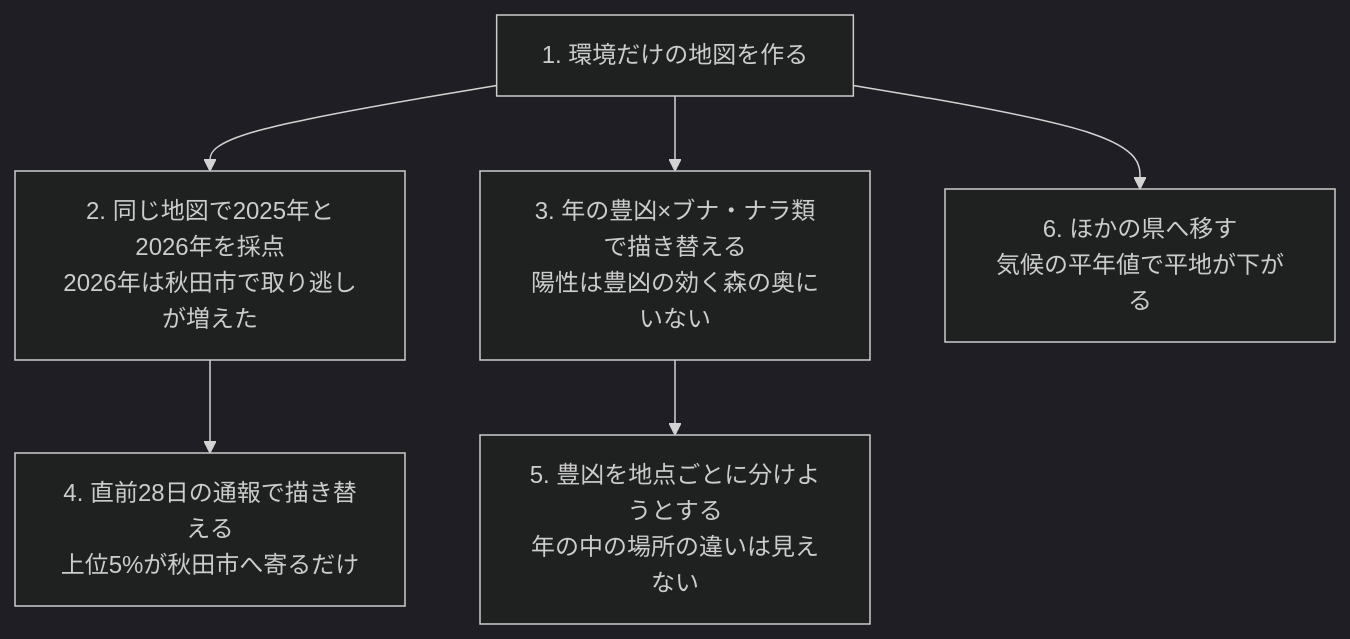
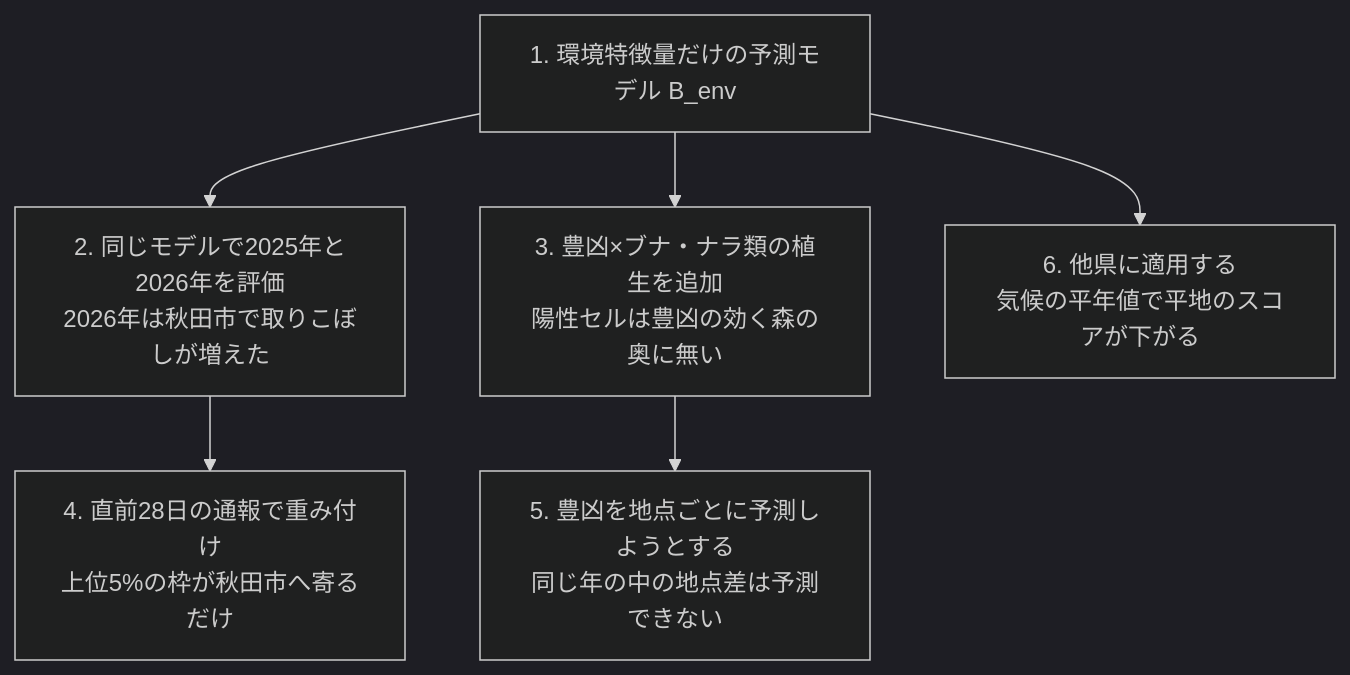
One commit to yuiseki/GeoAI-master-skills changed the diagram in site/src/content/reports/akita-bear-risk.md. Above: the diagram before and after it, drawn with Mermaid (dark theme). The commit also changed other lines of this file and 1 other file, not shown here.

````diff
--- a/site/src/content/reports/akita-bear-risk.md
+++ b/site/src/content/reports/akita-bear-risk.md
@@ -88,8 +104,8 @@
 ```mermaid
 flowchart TD
-  A[1. 環境だけの地図を作る] --> B[2. 同じ地図で2025年と2026年を採点<br>2026年は秋田市で取り逃しが増えた]
-  A --> C[3. 年の豊凶×ブナ・ナラ類で描き替える<br>陽性は豊凶の効く森の奥にいない]
-  B --> D[4. 直前28日の通報で描き替える<br>上位5%が秋田市へ寄るだけ]
-  C --> E[5. 豊凶を地点ごとに分けようとする<br>年の中の場所の違いは見えない]
-  A --> F[6. ほかの県へ移す<br>気候の平年値で平地が下がる]
+  A[1. 環境特徴量だけの予測モデル B_env] --> B[2. 同じモデルで2025年と2026年を評価<br>2026年は秋田市で取りこぼしが増えた]
+  A --> C[3. 豊凶×ブナ・ナラ類の植生を追加<br>陽性セルは豊凶の効く森の奥に無い]
+  B --> D[4. 直前28日の通報で重み付け<br>上位5%の枠が秋田市へ寄るだけ]
+  C --> E[5. 豊凶を地点ごとに予測しようとする<br>同じ年の中の地点差は予測できない]
+  A --> F[6. 他県に適用する<br>気候の平年値で平地のスコアが下がる]
 ```
````
